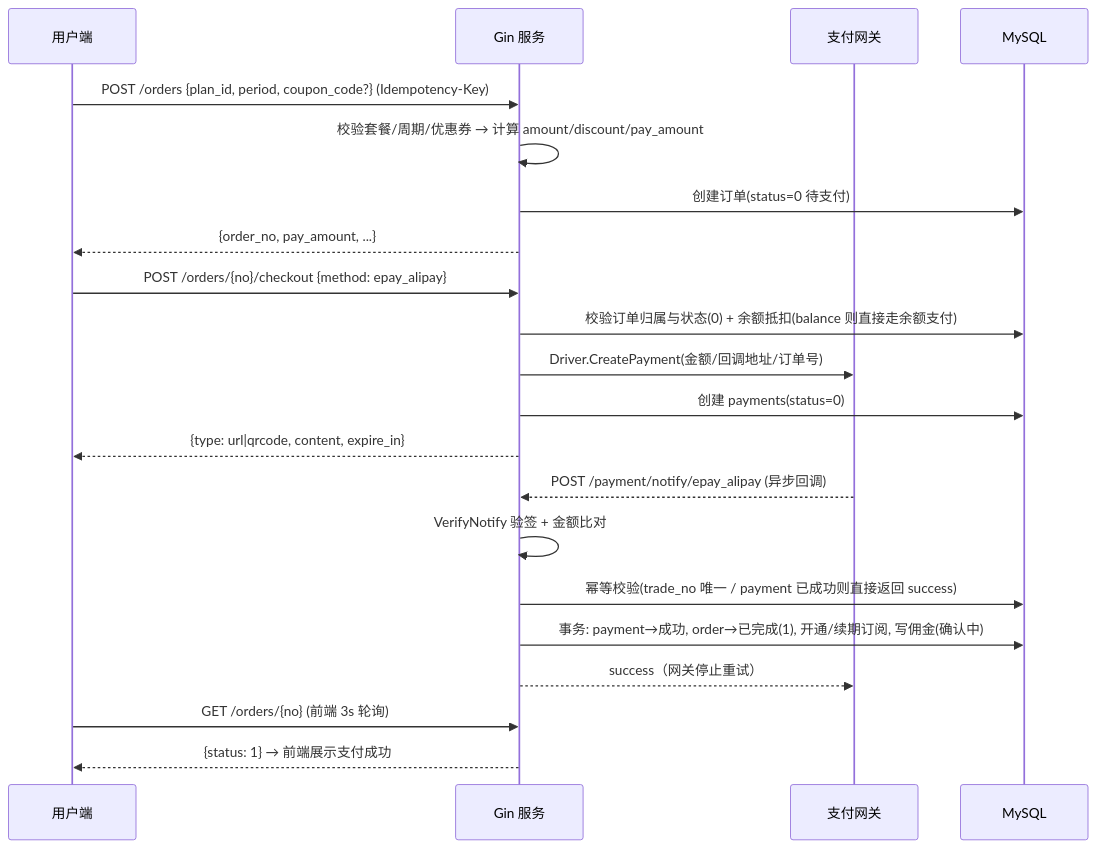
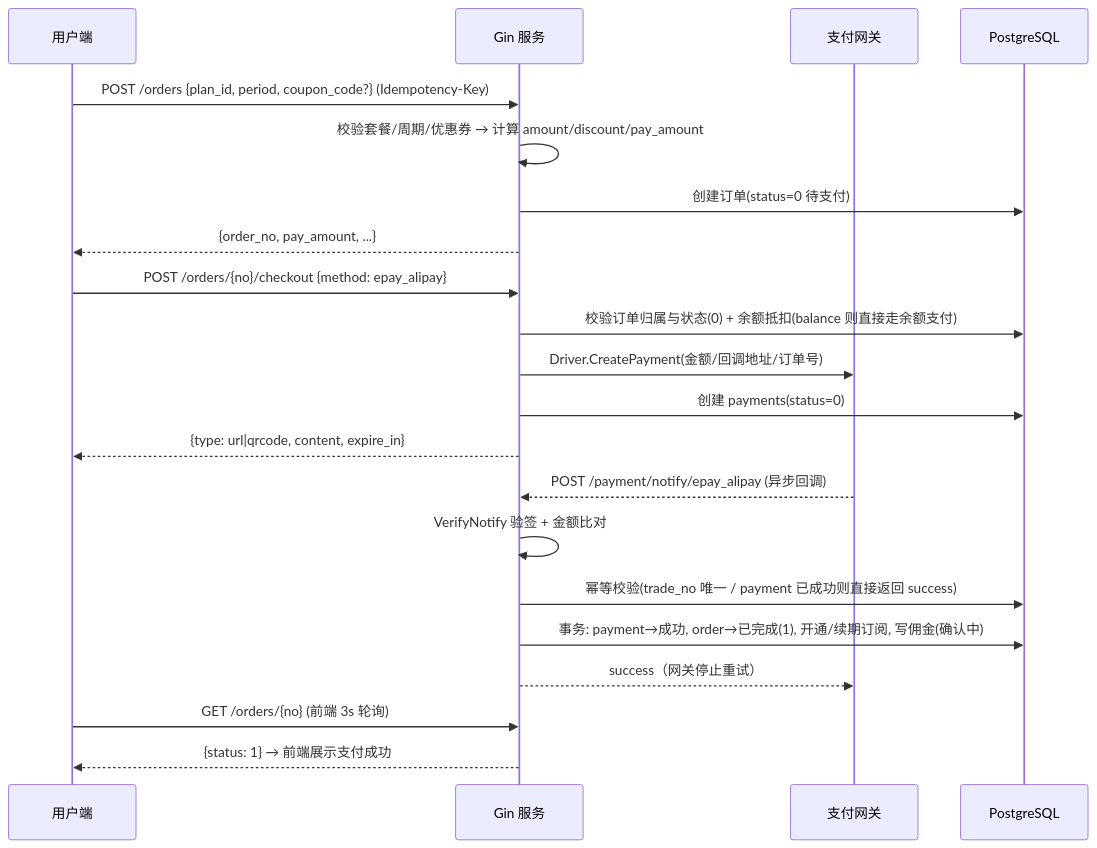
Before and after one commit to superMC5657/YLink: the second of 4 diagrams in docs/backend/core-flows.md, drawn with Mermaid. The commit also changed 36 other files, not shown here.

Commit message:
feat(database): 迁移 MySQL 8 至 PostgreSQL 16,dev.sh 合并启停并同步文档

````diff
--- a/docs/backend/core-flows.md
+++ b/docs/backend/core-flows.md
@@ -32,23 +32,23 @@
 ```mermaid
 sequenceDiagram
     participant U as 用户端
     participant S as Gin 服务
     participant G as 支付网关
-    participant DB as MySQL
+    participant DB as PostgreSQL
     U->>S: POST /orders {plan_id, period, coupon_code?} (Idempotency-Key)
     S->>S: 校验套餐/周期/优惠券 → 计算 amount/discount/pay_amount
     S->>DB: 创建订单(status=0 待支付)
     S-->>U: {order_no, pay_amount, ...}
     U->>S: POST /orders/{no}/checkout {method: epay_alipay}
     S->>DB: 校验订单归属与状态(0) + 余额抵扣(balance 则直接走余额支付)
     S->>G: Driver.CreatePayment(金额/回调地址/订单号)
     S->>DB: 创建 payments(status=0)
     S-->>U: {type: url|qrcode, content, expire_in}
     G-->>S: POST /payment/notify/epay_alipay (异步回调)
     S->>S: VerifyNotify 验签 + 金额比对
     S->>DB: 幂等校验(trade_no 唯一 / payment 已成功则直接返回 success)
     S->>DB: 事务: payment→成功, order→已完成(1), 开通/续期订阅, 写佣金(确认中)
     S-->>G: success（网关停止重试）
     U->>S: GET /orders/{no} (前端 3s 轮询)
     S-->>U: {status: 1} → 前端展示支付成功
 ```
````
